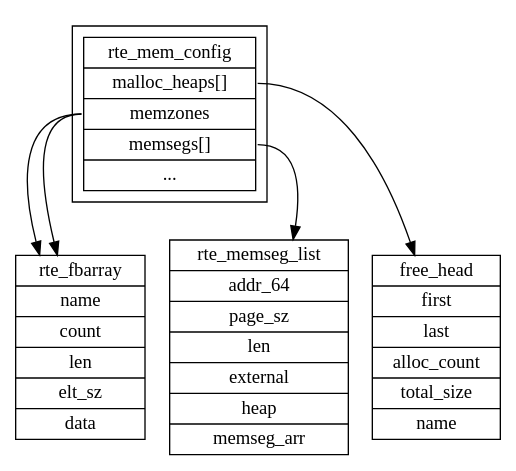
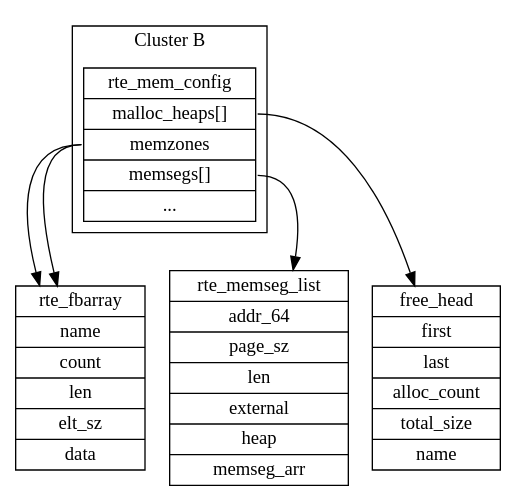
Before and after one commit to sisyphus1212/note: the diagram in dpdk/内存管理.md, drawn with Graphviz.

Commit message:
auto_update

````diff
--- a/dpdk/内存管理.md
+++ b/dpdk/内存管理.md
@@ -16,54 +16,55 @@
 ```graphviz
 digraph {
 	subgraph cluster_mem_cfg {
+		label="Cluster B";
 		mem_cfg [
 			label = "{
 			<f0>rte_mem_config|
 			<f1>malloc_heaps[]|
 			<f2>memzones|
 			<f3>memsegs[]|
 			<f4>...
 			}",
 			shape = "record"
 		];
 	}
 	rte_fbarray[
 		label = "{
 		rte_fbarray|
         name|
 		count|
 		len|
 		elt_sz|
 		data
 		}",
 		shape = "record"
 	];
 	rte_memseg_list[
 		label = "{
 		<f0>rte_memseg_list|
 		<f1>addr_64|
 		<f2>page_sz|
 		<f3>len|
 		<f4>external|
 		<f5>heap |
 		<f6>memseg_arr
 		}",
 		shape = "record"
 	];
 	malloc_heap[
 		label = "{
 		free_head|
 		first|
         last|
 		alloc_count|
 		total_size|
 		name
 		}",
 		shape = "record"
 	];
 	mem_cfg :f1 -> malloc_heap
 	mem_cfg :f2 -> rte_fbarray
 	mem_cfg :f3 -> rte_memseg_list
 	mem_cfg :f6 -> rte_fbarray
 }
 ```
````
